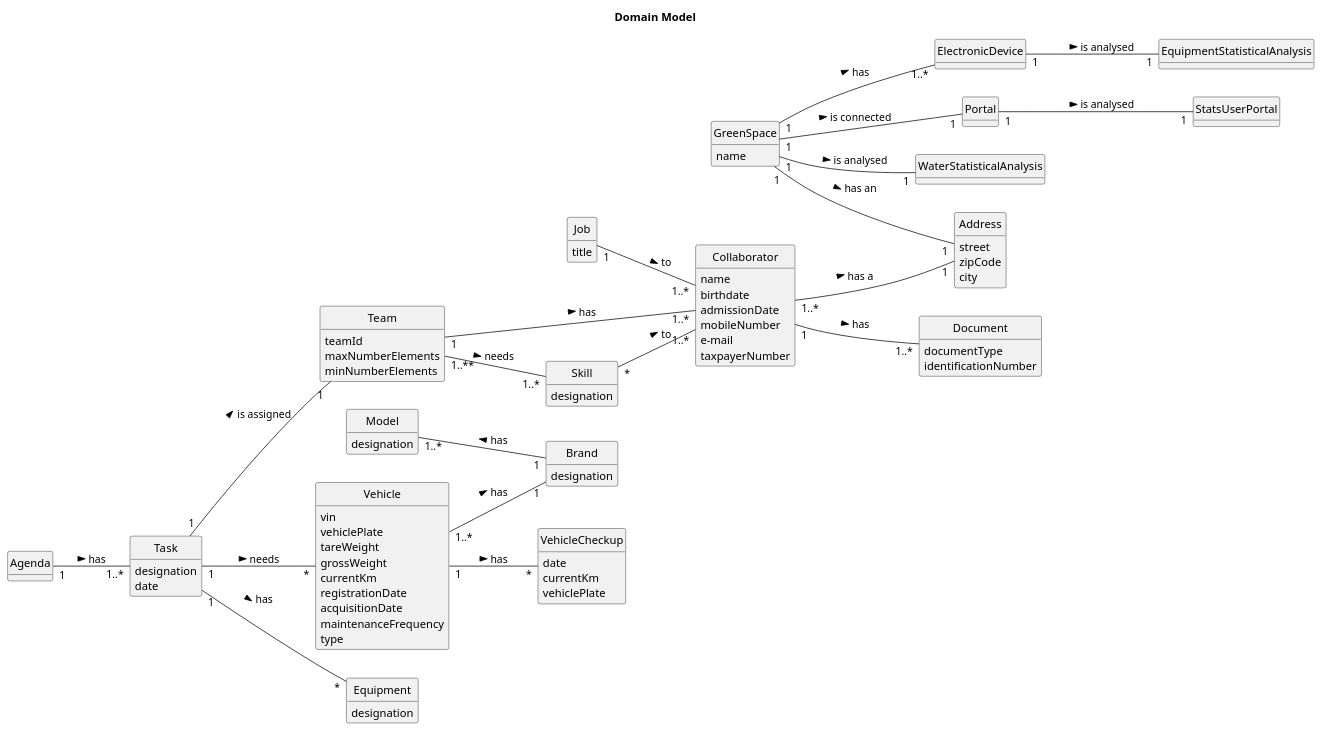
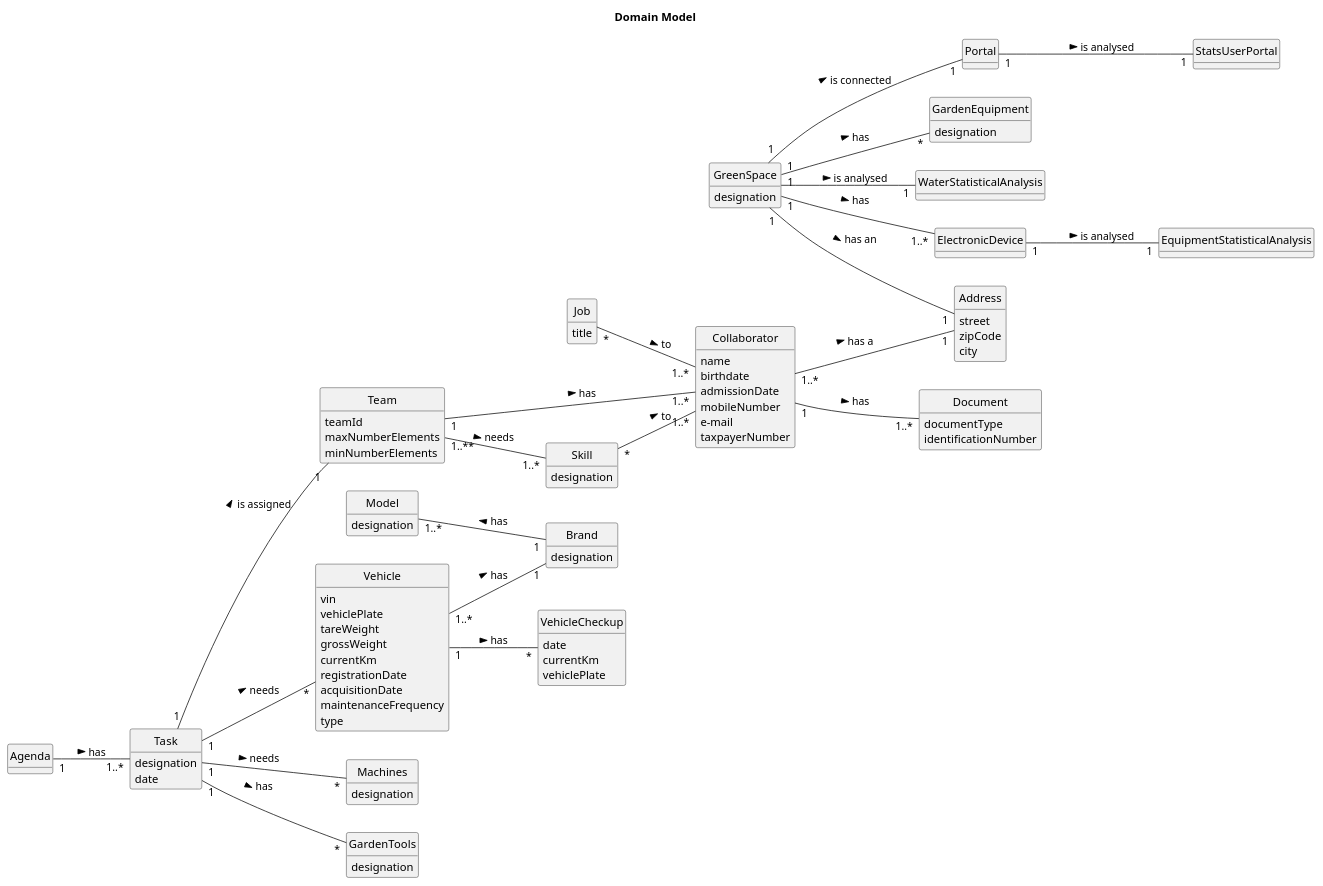
The diagram in docs/sprintB/global-artifacts/02.analysis/puml/project-domain-model.puml (ricardomm7/leaflink), drawn with PlantUML before and after one commit. The commit also changed 5 other files, not shown here.

```diff
--- a/docs/sprintB/global-artifacts/02.analysis/puml/project-domain-model.puml
+++ b/docs/sprintB/global-artifacts/02.analysis/puml/project-domain-model.puml
@@ -1,146 +1,158 @@
 @startuml
 skinparam monochrome true
 skinparam packageStyle rectangle
 skinparam shadowing false
 skinparam classAttributeIconSize 0
 hide circle
 hide methods
 left to right direction
 
 title Domain Model
 
 class Skill {
     designation
 }
 
 class Job {
     title
 }
 
 class Collaborator {
     name
     birthdate
     admissionDate
     mobileNumber
     e-mail
     taxpayerNumber
 }
 
 class Document{
     documentType
     identificationNumber
 }
 
 
 class Team {
     teamId
     maxNumberElements
     minNumberElements
 }
 
 class Vehicle {
     vin
     vehiclePlate
     tareWeight
     grossWeight
     currentKm
     registrationDate
     acquisitionDate
     maintenanceFrequency
     type
 }
 
 class Brand{
     designation
 }
 
 class Model{
     designation
 }
 
 class VehicleCheckup{
     date
     currentKm
     vehiclePlate
 }
 
 'class Person {
  '   name
  '   birthdate
  '   contactMobile
  '   email
   '  taxpayerNumber
 '}
 
 class Address{
     street
     zipCode
     city
 }
 
 class WaterStatisticalAnalysis{
 }
 
 class StatsUserPortal{
 }
 
 class ElectronicDevice{
 }
 
 class GreenSpace{
-    name
+    designation
 }
 
 class Task{
     designation
     date
 }
 
-class Equipment{
+class Machines{
+    designation
+}
+
+class GardenTools{
     designation
 }
 
 class Agenda{
 }
 
 class Portal{
 }
 
+class GardenEquipment{
+    designation
+}
+
 Vehicle "1..*" -- "1" Brand : has >
 
 Model "1..*" -- "1" Brand : has <
 
 Collaborator "1" -- "1..*" Document : has >
 
-Job "1" -- "1..*" Collaborator : to >
+Job "*" -- "1..*" Collaborator : to >
 
 
 Skill "*" -- "1..*" Collaborator : to >
 Team "1..**" -- "1..*" Skill : needs >
 
 Team "1" -- "1..*" Collaborator : has >
 
 Vehicle "1" -- "*" VehicleCheckup : has >
 
 Collaborator "1..*" -- "1" Address : has a >
 
 GreenSpace "1" -- "1" WaterStatisticalAnalysis : is analysed >
 
 GreenSpace "1" -- "1" Address : has an >
 
+GreenSpace "1" -- "*" GardenEquipment: has >
+
 Task "1" -- "*" Vehicle : needs >
+
+Task "1" --"*" Machines: needs >
 
 Task "1" -- "1" Team : is assigned >
 
-Task "1" -- "*" Equipment : has >
+Task "1" -- "*" GardenTools : has >
 
 GreenSpace "1" -- "1..*" ElectronicDevice: has >
 
 ElectronicDevice "1" -- "1" EquipmentStatisticalAnalysis: is analysed >
 
 GreenSpace "1" -- "1" Portal : is connected >
 
 Portal "1" -- "1" StatsUserPortal : is analysed >
 
 Agenda "1" -- "1..*" Task : has >
 @enduml
```
